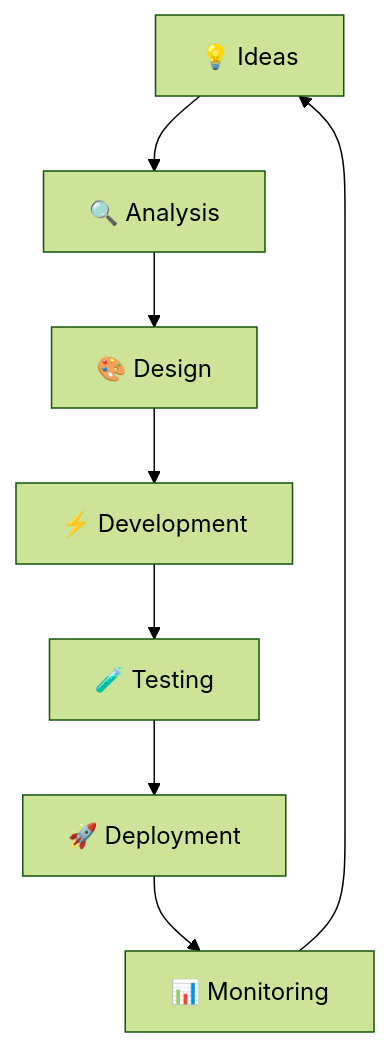
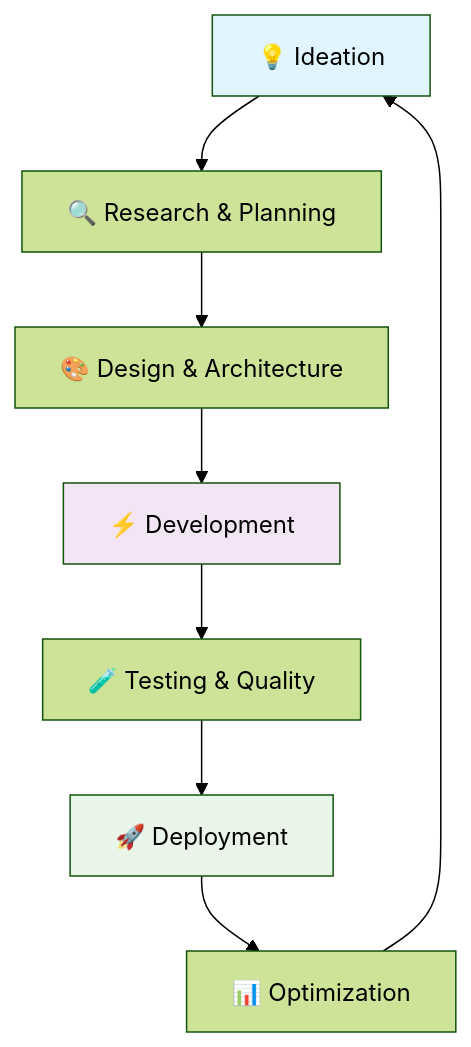
Before and after one commit to ChristianAgyapong/ChristianAgyapong: the first of 3 diagrams in README.md, drawn with Mermaid (forest theme). The commit also changed other lines of this file, not shown here.

````diff
--- a/README.md
+++ b/README.md
@@ -41,10 +33,14 @@
 ```mermaid
 graph TD
-    A[💡 Ideas] --> B[🔍 Analysis]
-    B --> C[🎨 Design]
+    A[💡 Ideation] --> B[🔍 Research & Planning]
+    B --> C[🎨 Design & Architecture]
     C --> D[⚡ Development]
-    D --> E[🧪 Testing]
+    D --> E[🧪 Testing & Quality]
     E --> F[🚀 Deployment]
-    F --> G[📊 Monitoring]
+    F --> G[📊 Optimization]
     G --> A
+    
+    style A fill:#e1f5fe
+    style D fill:#f3e5f5
+    style F fill:#e8f5e8
 ```
````
